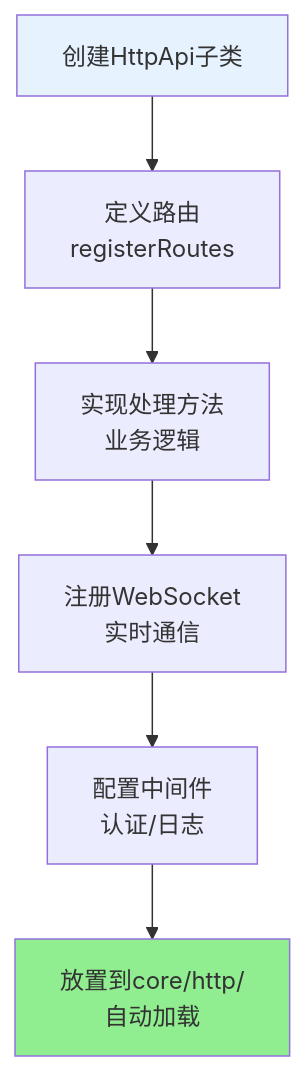
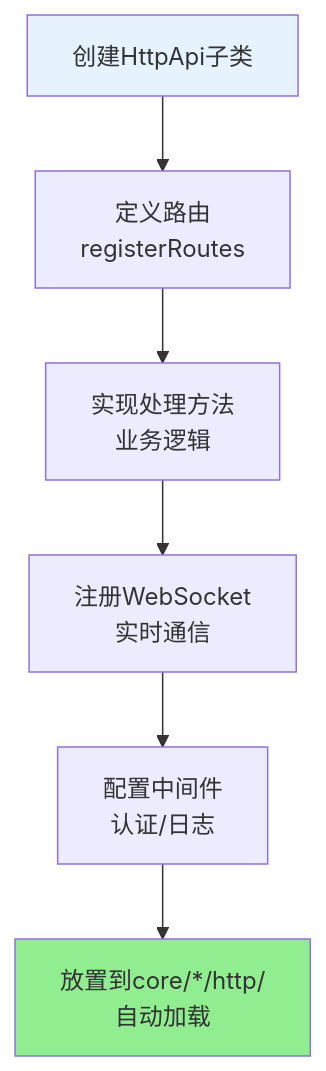
One commit to sunflowermm/XRK-AGT changed the sixth of 9 diagrams in docs/框架可扩展性指南.md. Above: the diagram before and after it, drawn with Mermaid. The commit also changed other lines of this file and 116 other files, not shown here.

````diff
--- a/docs/框架可扩展性指南.md
+++ b/docs/框架可扩展性指南.md
@@ -274,11 +360,11 @@
 ```mermaid
 flowchart TB
     A["创建HttpApi子类"] --> B["定义路由<br/>registerRoutes"]
     B --> C["实现处理方法<br/>业务逻辑"]
     C --> D["注册WebSocket<br/>实时通信"]
     D --> E["配置中间件<br/>认证/日志"]
-    E --> F["放置到core/http/<br/>自动加载"]
+    E --> F["放置到core/*/http/<br/>自动加载"]
     
     style A fill:#E6F3FF
     style F fill:#90EE90
 ```
````
